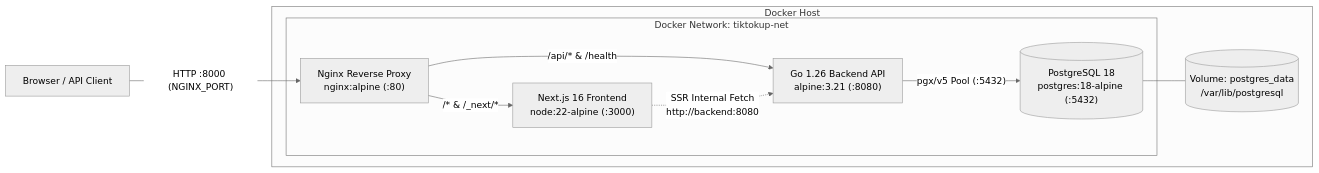
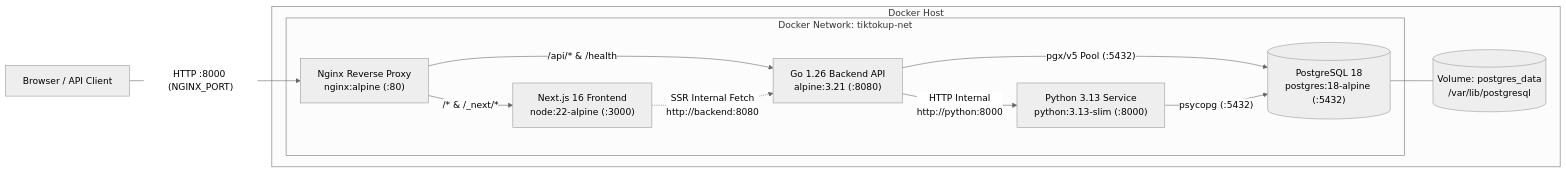
One commit to vlahanam/tiktokup changed the first of 4 diagrams in docs/system-architecture.md. Above: the diagram before and after it, drawn with Mermaid (neutral theme). The commit also changed other lines of this file and 31 other files, not shown here.

First line of the commit message:
feat: integrate Python 3.13 service with FastAPI and PostgreSQL

````diff
--- a/docs/system-architecture.md
+++ b/docs/system-architecture.md
@@ -7,21 +7,24 @@
 ```mermaid
 flowchart LR
     Client["Browser / API Client"]
 
     subgraph Host["Docker Host"]
         subgraph Net["Docker Network: tiktokup-net"]
             Nginx["Nginx Reverse Proxy\nnginx:alpine (:80)"]
             Frontend["Next.js 16 Frontend\nnode:22-alpine (:3000)"]
             Backend["Go 1.26 Backend API\nalpine:3.21 (:8080)"]
+            Python["Python 3.13 Service\npython:3.13-slim (:8000)"]
             Postgres[("PostgreSQL 18\npostgres:18-alpine (:5432)")]
         end
         Vol[("Volume: postgres_data\n/var/lib/postgresql")]
     end
 
     Client -->|"HTTP :8000 (NGINX_PORT)"| Nginx
     Nginx -->|"/* & /_next/*"| Frontend
     Nginx -->|"/api/* & /health"| Backend
     Frontend -.->|"SSR Internal Fetch\nhttp://backend:8080"| Backend
     Backend -->|"pgx/v5 Pool (:5432)"| Postgres
+    Backend -->|"HTTP Internal\nhttp://python:8000"| Python
+    Python -->|"psycopg (:5432)"| Postgres
     Postgres --- Vol
 ```
````
